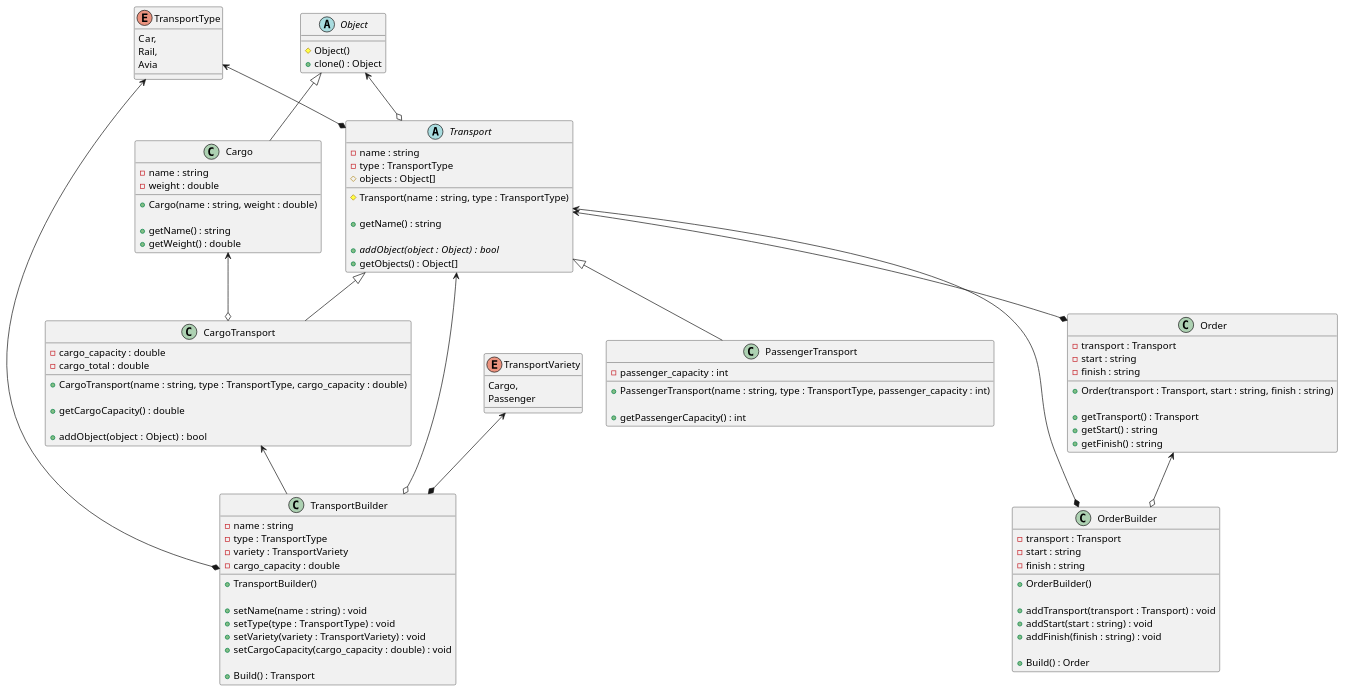
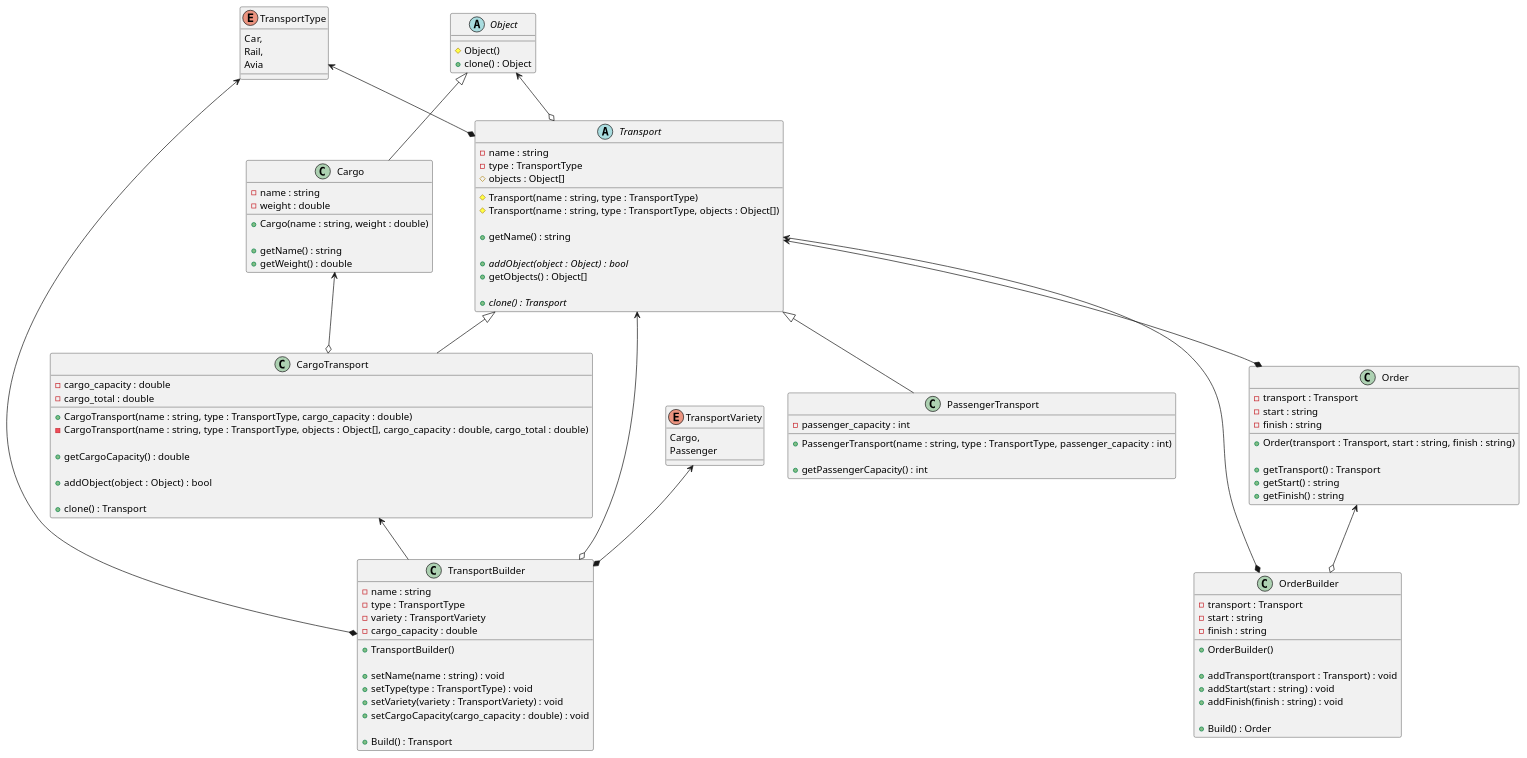
Before and after one commit to it-top-shambala/TransportCompany_: the diagram in class_diagram.puml, drawn with PlantUML. The commit also changed 5 other files, not shown here.

```diff
--- a/class_diagram.puml
+++ b/class_diagram.puml
@@ -1,119 +1,125 @@
 @startuml
 'https://plantuml.com/class-diagram
 
 enum TransportType {
 Car,
 Rail,
 Avia
 }
 
 abstract class Object {
 # Object()
 + clone() : Object
 }
 
 Object <|-- Cargo
 class Cargo {
 - name : string
 - weight : double
 
 + Cargo(name : string, weight : double)
 
 + getName() : string
 + getWeight() : double
 }
 
 
 TransportType <--* Transport
 Object <--o Transport
 abstract class Transport {
 - name : string
 - type : TransportType
 # objects : Object[]
 
 # Transport(name : string, type : TransportType)
+# Transport(name : string, type : TransportType, objects : Object[])
 
 + getName() : string
 
 + {abstract} addObject(object : Object) :  bool
 + getObjects() : Object[]
+
++ {abstract} clone() : Transport
 }
 
 Transport <|-- CargoTransport
 Cargo <--o CargoTransport
 class CargoTransport {
 - cargo_capacity : double
 - cargo_total : double
 
 + CargoTransport(name : string, type : TransportType, cargo_capacity : double)
+- CargoTransport(name : string, type : TransportType, objects : Object[], cargo_capacity : double, cargo_total : double)
 
 + getCargoCapacity() : double
 
 + addObject(object : Object) :  bool
+
++ clone() : Transport
 }
 
 Transport <|-- PassengerTransport
 class PassengerTransport {
 - passenger_capacity : int
 
 + PassengerTransport(name : string, type : TransportType, passenger_capacity : int)
 
 + getPassengerCapacity() : int
 }
 
 Transport <--* Order
 class Order {
 - transport : Transport
 - start : string
 - finish : string
 
 + Order(transport : Transport, start : string, finish : string)
 
 + getTransport() : Transport
 + getStart() : string
 + getFinish() : string
 }
 
 Transport <--* OrderBuilder
 Order <--o OrderBuilder
 class OrderBuilder{
 - transport : Transport
 - start : string
 - finish : string
 
 + OrderBuilder()
 
 + addTransport(transport : Transport) : void
 + addStart(start : string) : void
 + addFinish(finish : string) : void
 
 + Build() : Order
 }
 
 enum TransportVariety {
 Cargo,
 Passenger
 }
 
 
 Transport <--o TransportBuilder
 TransportType <--* TransportBuilder
 TransportVariety <--* TransportBuilder
 CargoTransport <-- TransportBuilder
 class TransportBuilder {
 - name : string
 - type : TransportType
 - variety : TransportVariety
 - cargo_capacity : double
 
 + TransportBuilder()
 
 + setName(name : string) : void
 + setType(type : TransportType) : void
 + setVariety(variety : TransportVariety) : void
 + setCargoCapacity(cargo_capacity : double) : void
 
 + Build() : Transport
 }
 
 @enduml
```
